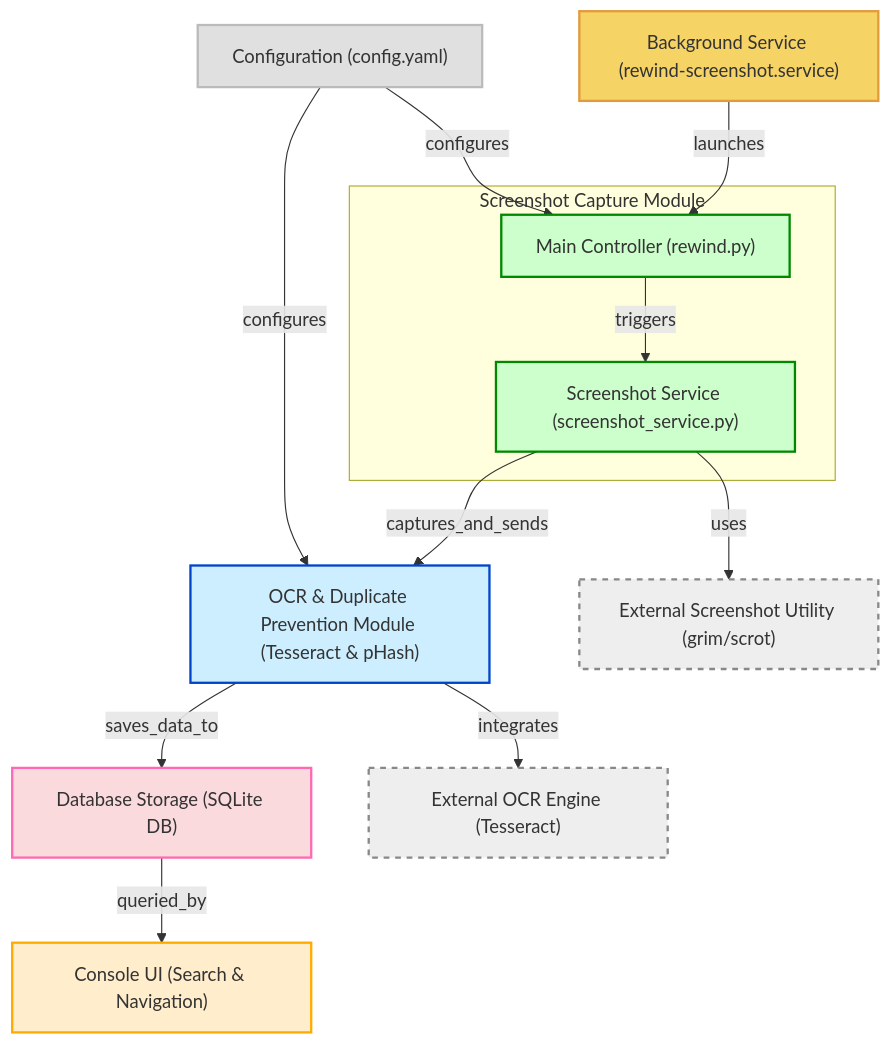
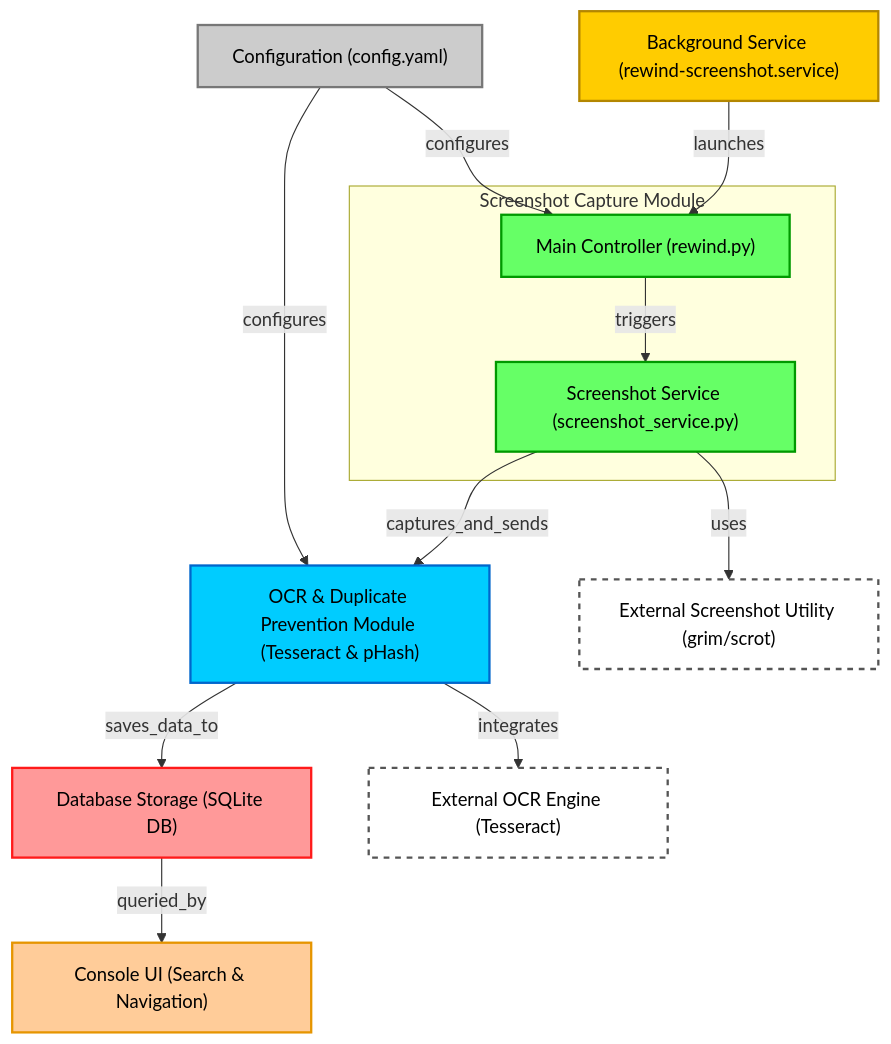
The diagram in README.md (Forwall100/rewind), drawn with Mermaid before and after one commit.

````diff
--- a/README.md
+++ b/README.md
@@ -20,38 +20,38 @@
 ```mermaid
 flowchart TD
     A["Background Service (rewind-screenshot.service)"]:::service
     subgraph "Screenshot Capture Module"
         B["Main Controller (rewind.py)"]:::capture
         C["Screenshot Service (screenshot_service.py)"]:::capture
     end
     D["OCR & Duplicate Prevention Module (Tesseract & pHash)"]:::processing
     E["Database Storage (SQLite DB)"]:::database
     F["Console UI (Search & Navigation)"]:::ui
     G["Configuration (config.yaml)"]:::config
     H["External Screenshot Utility (grim/scrot)"]:::external
     I["External OCR Engine (Tesseract)"]:::external
 
     A -->|"launches"| B
     B -->|"triggers"| C
     C -->|"captures_and_sends"| D
     D -->|"saves_data_to"| E
     E -->|"queried_by"| F
     G -->|"configures"| B
     G -->|"configures"| D
     C -->|"uses"| H
     D -->|"integrates"| I
 
     click A "https://github.com/forwall100/rewind/blob/main/rewind-screenshot.service"
     click B "https://github.com/forwall100/rewind/blob/main/rewind/rewind.py"
     click C "https://github.com/forwall100/rewind/blob/main/rewind/screenshot_service.py"
     click G "https://github.com/forwall100/rewind/blob/main/config.yaml"
     click E "https://github.com/forwall100/rewind/blob/main/~/.config/rewind/screenshots.db"
 
-    classDef service fill:#f6d365,stroke:#e39a3b,stroke-width:2px;
-    classDef capture fill:#cfc,stroke:#080,stroke-width:2px;
-    classDef processing fill:#cceeff,stroke:#0044cc,stroke-width:2px;
-    classDef database fill:#fadadd,stroke:#ff69b4,stroke-width:2px;
-    classDef ui fill:#ffedcc,stroke:#ffaa00,stroke-width:2px;
-    classDef config fill:#e0e0e0,stroke:#bbbbbb,stroke-width:2px;
-    classDef external fill:#eeeeee,stroke:#888888,stroke-dasharray:5,stroke-width:2px;
+    classDef service fill:#ffcc00,stroke:#b38600,stroke-width:2px,color:#000;
+    classDef capture fill:#66ff66,stroke:#009900,stroke-width:2px,color:#000;
+    classDef processing fill:#00ccff,stroke:#0066cc,stroke-width:2px,color:#000;
+    classDef database fill:#ff9999,stroke:#ff1a1a,stroke-width:2px,color:#000;
+    classDef ui fill:#ffcc99,stroke:#e69500,stroke-width:2px,color:#000;
+    classDef config fill:#cccccc,stroke:#777777,stroke-width:2px,color:#000;
+    classDef external fill:#ffffff,stroke:#555555,stroke-dasharray:5,stroke-width:2px,color:#000;
 ```
````
